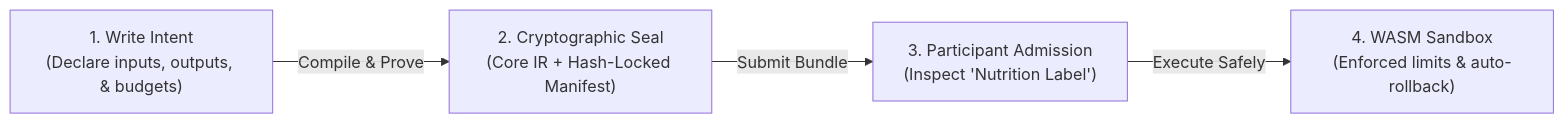
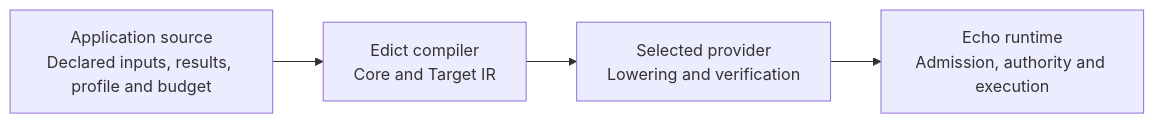
The first of 4 diagrams in README.md (flyingrobots/edict), drawn with Mermaid before and after one commit. The commit also changed other lines of this file, not shown here.

Commit message:
docs: align README with compiler and runtime boundaries

````diff
--- a/README.md
+++ b/README.md
@@ -9,6 +11,6 @@
 ```mermaid
 flowchart LR
-    A["1. Write Intent\n(Declare inputs, outputs, & budgets)"] -->|Compile & Prove| B["2. Cryptographic Seal\n(Core IR + Hash-Locked Manifest)"]
-    B -->|Submit Bundle| C["3. Participant Admission\n(Inspect 'Nutrition Label')"]
-    C -->|Execute Safely| D["4. WASM Sandbox\n(Enforced limits & auto-rollback)"]
+    A["Application source\nDeclared inputs, results, profile and budget"] --> B["Edict compiler\nCore and Target IR"]
+    B --> C["Selected provider\nLowering and verification"]
+    C --> D["Echo runtime\nAdmission, authority and execution"]
 ```
````
